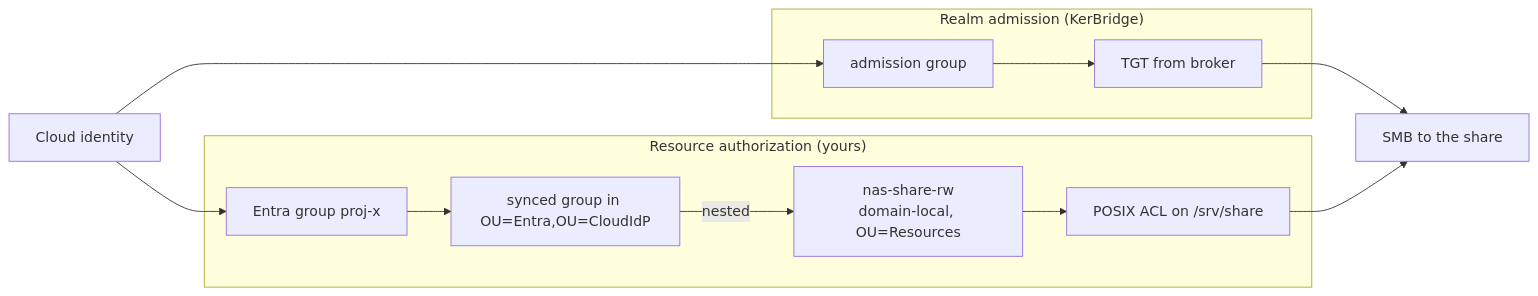
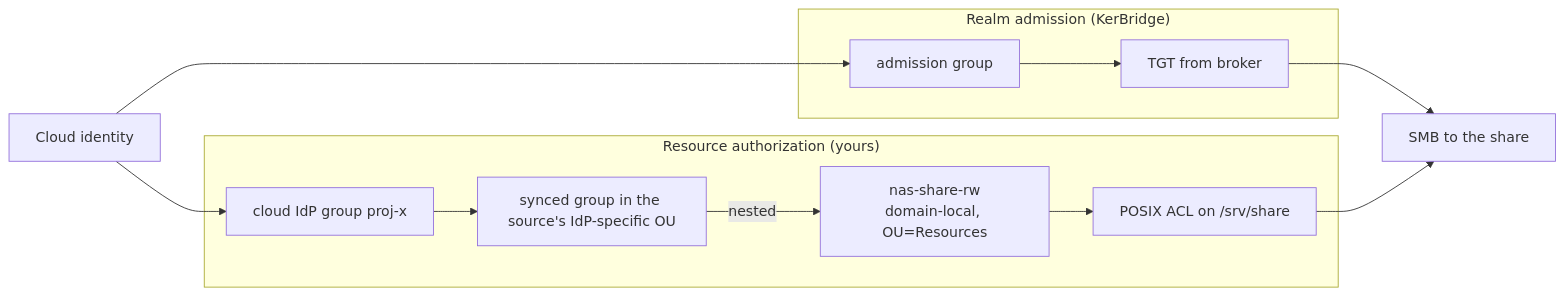
Before and after one commit to elonen/kerbridge: the first of 2 diagrams in docs/setup/file-server.md, drawn with Mermaid. The commit also changed other lines of this file and 13 other files, not shown here.

````diff
--- a/docs/setup/file-server.md
+++ b/docs/setup/file-server.md
@@ -276,19 +276,19 @@
 ```mermaid
 flowchart LR
   user["Cloud identity"]
   subgraph adm["Realm admission (KerBridge)"]
     adm_grp["admission group"]
     tgt["TGT from broker"]
   end
   subgraph authz["Resource authorization (yours)"]
-    proj["Entra group proj-x"]
-    synced["synced group in OU=Entra,OU=CloudIdP"]
+    proj["cloud IdP group proj-x"]
+    synced["synced group in the source's IdP-specific OU"]
     res["nas-share-rw<br/>domain-local, OU=Resources"]
     acl["POSIX ACL on /srv/share"]
   end
   smb["SMB to the share"]
 
   user --> adm_grp --> tgt --> smb
   user --> proj --> synced
   synced -->|"nested"| res --> acl --> smb
 ```
````
